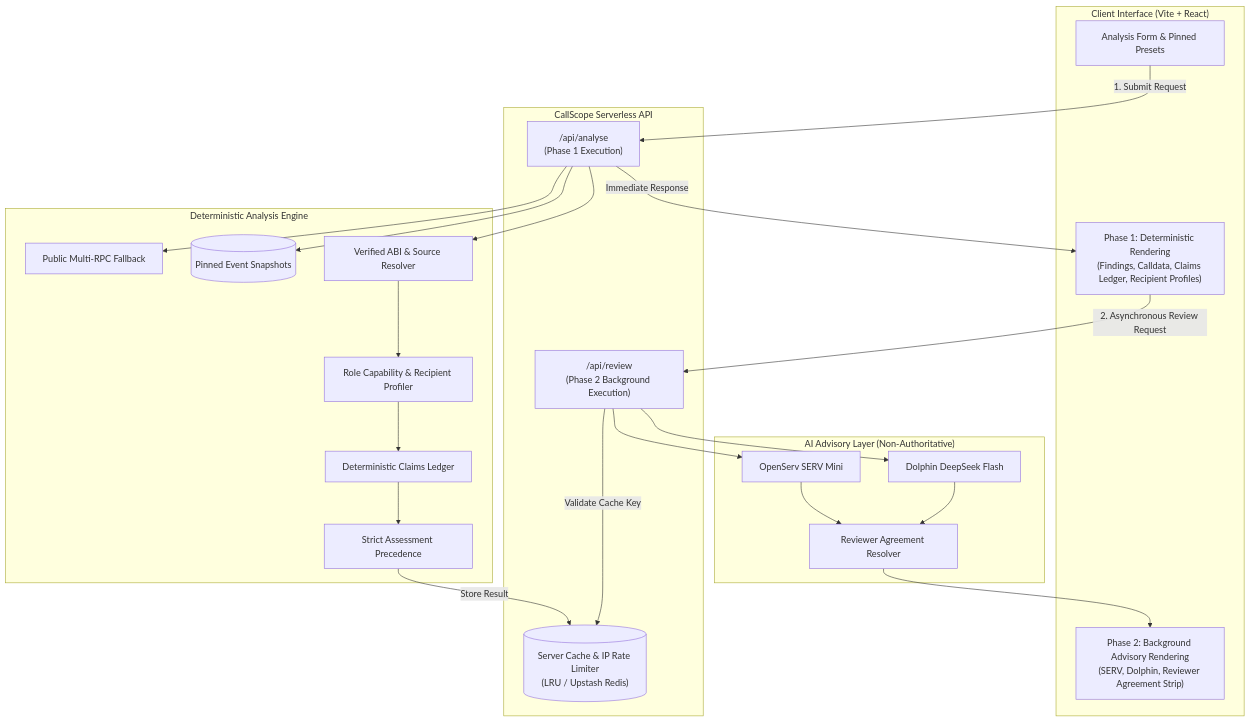
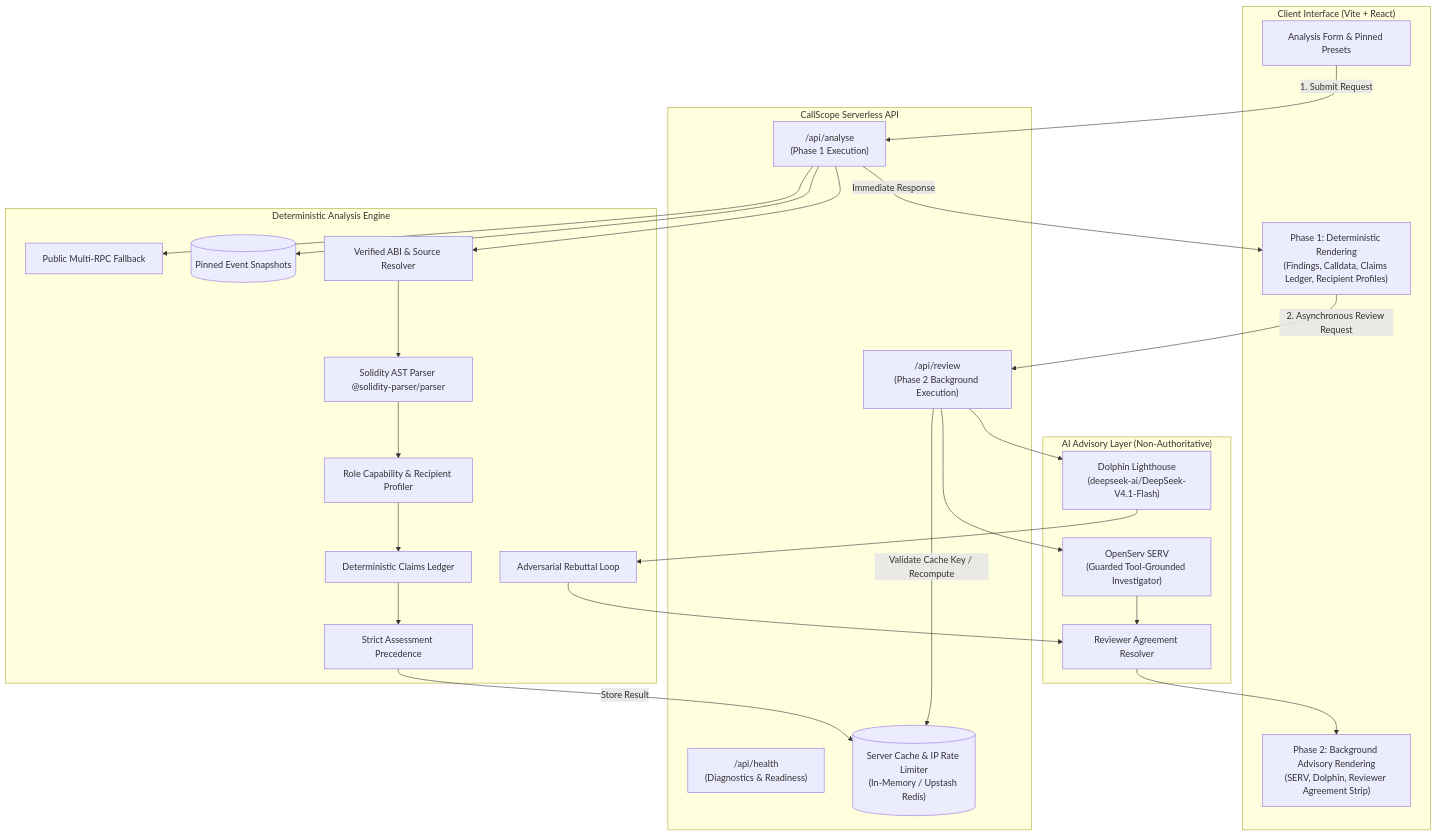
The diagram in README.md (Anekenonso/CallScope), drawn with Mermaid before and after one commit. The commit also changed other lines of this file and 2 other files, not shown here.

````diff
--- a/README.md
+++ b/README.md
@@ -50,47 +52,52 @@
 ```mermaid
 flowchart TD
     subgraph Client ["Client Interface (Vite + React)"]
         UI[Analysis Form & Pinned Presets]
         Phase1UI["Phase 1: Deterministic Rendering\n(Findings, Calldata, Claims Ledger, Recipient Profiles)"]
         Phase2UI["Phase 2: Background Advisory Rendering\n(SERV, Dolphin, Reviewer Agreement Strip)"]
     end
 
     subgraph API ["CallScope Serverless API"]
         AnalyseEP["/api/analyse\n(Phase 1 Execution)"]
         ReviewEP["/api/review\n(Phase 2 Background Execution)"]
-        Cache[("Server Cache & IP Rate Limiter\n(LRU / Upstash Redis)")]
+        HealthEP["/api/health\n(Diagnostics & Readiness)"]
+        Cache[("Server Cache & IP Rate Limiter\n(In-Memory / Upstash Redis)")]
     end
 
     subgraph Engine ["Deterministic Analysis Engine"]
         RPC[Public Multi-RPC Fallback]
         Snapshots[(Pinned Event Snapshots)]
         ABI[Verified ABI & Source Resolver]
+        AST[Solidity AST Parser @solidity-parser/parser]
         CapRes[Role Capability & Recipient Profiler]
         Claims[Deterministic Claims Ledger]
+        Rebuttal[Adversarial Rebuttal Loop]
         Precedence[Strict Assessment Precedence]
     end
 
     subgraph Sponsors ["AI Advisory Layer (Non-Authoritative)"]
-        SERV[OpenServ SERV Mini]
-        Dolphin[Dolphin DeepSeek Flash]
+        SERV["OpenServ SERV\n(Guarded Tool-Grounded Investigator)"]
+        Dolphin["Dolphin Lighthouse\n(deepseek-ai/DeepSeek-V4.1-Flash)"]
         Agreement[Reviewer Agreement Resolver]
     end
 
     UI -->|1. Submit Request| AnalyseEP
     AnalyseEP --> Snapshots
     AnalyseEP --> RPC
     AnalyseEP --> ABI
-    ABI --> CapRes
+    ABI --> AST
+    AST --> CapRes
     CapRes --> Claims
     Claims --> Precedence
     Precedence -->|Store Result| Cache
     AnalyseEP -->|Immediate Response| Phase1UI
 
     Phase1UI -->|2. Asynchronous Review Request| ReviewEP
-    ReviewEP -->|Validate Cache Key| Cache
+    ReviewEP -->|Validate Cache Key / Recompute| Cache
     ReviewEP --> SERV
     ReviewEP --> Dolphin
+    Dolphin --> Rebuttal
+    Rebuttal --> Agreement
     SERV --> Agreement
-    Dolphin --> Agreement
     Agreement --> Phase2UI
 ```
````
